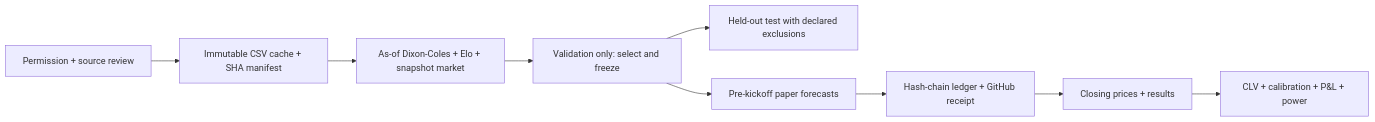
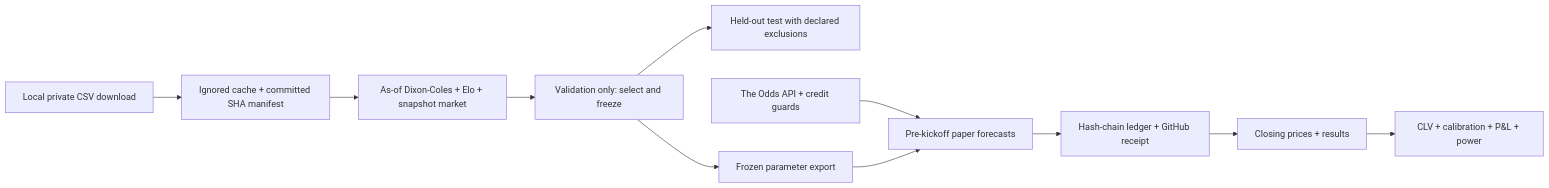
Before and after one commit to ncoprod/closing-line-lab: the diagram in README.md, drawn with Mermaid. The commit also changed other lines of this file and 32 other files, not shown here.

Commit message:
feat: separate private historical research from budgeted odds API collection

````diff
--- a/README.md
+++ b/README.md
@@ -26,11 +26,13 @@
 ```mermaid
 flowchart LR
-  A[Permission + source review] --> B[Immutable CSV cache + SHA manifest]
+  A[Local private CSV download] --> B[Ignored cache + committed SHA manifest]
   B --> C[As-of Dixon-Coles + Elo + snapshot market]
   C --> D[Validation only: select and freeze]
   D --> E[Held-out test with declared exclusions]
-  D --> F[Pre-kickoff paper forecasts]
+  D --> J[Frozen parameter export]
+  K[The Odds API + credit guards] --> F[Pre-kickoff paper forecasts]
+  J --> F
   F --> G[Hash-chain ledger + GitHub receipt]
   G --> H[Closing prices + results]
   H --> I[CLV + calibration + P&L + power]
 ```
````
